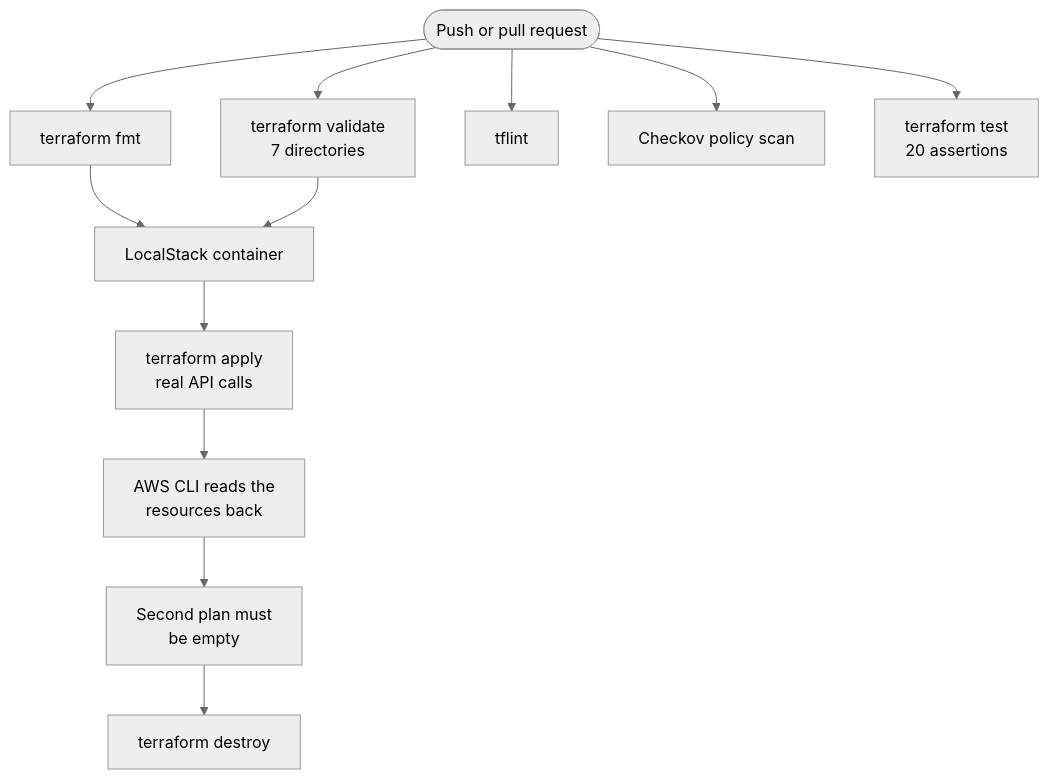
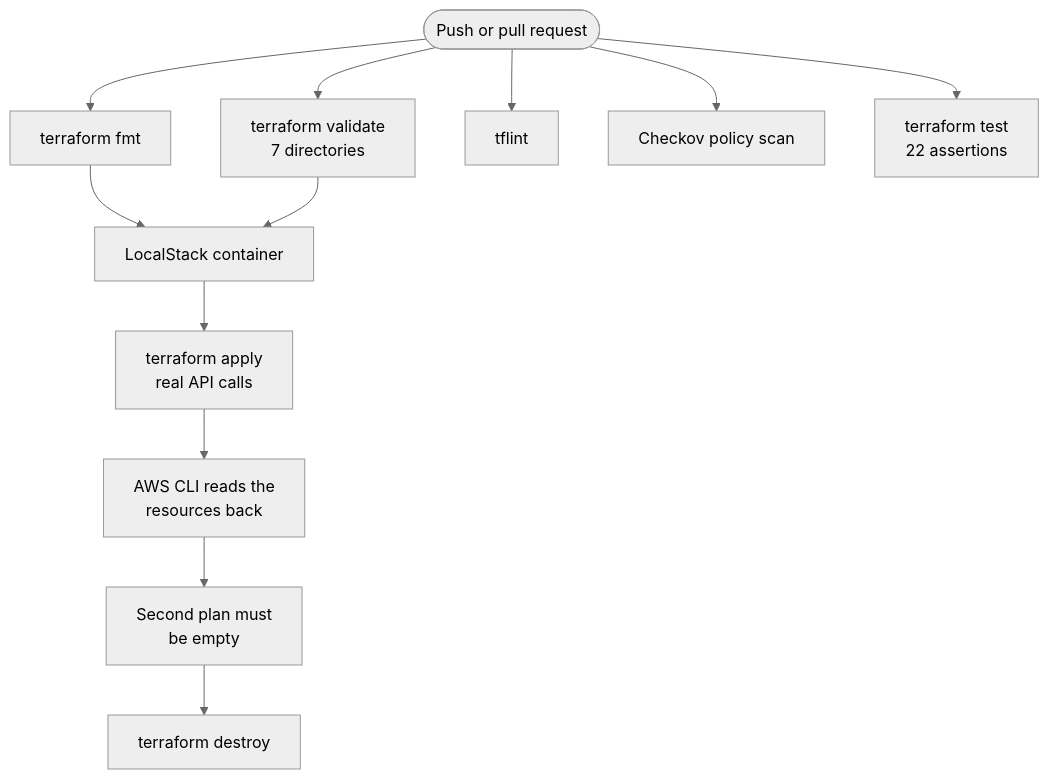
Before and after one commit to ibrahimjamli/terraform-aws-webstack: the third of 3 diagrams in docs/architecture.md, drawn with Mermaid (neutral theme). The commit also changed other lines of this file and 6 other files, not shown here.

````diff
--- a/docs/architecture.md
+++ b/docs/architecture.md
@@ -72,19 +72,19 @@
 ```mermaid
 flowchart TB
     push([Push or pull request])
 
     push --> fmt["terraform fmt"]
     push --> val["terraform validate<br/>7 directories"]
     push --> lint["tflint"]
     push --> pol["Checkov policy scan"]
-    push --> test["terraform test<br/>20 assertions"]
+    push --> test["terraform test<br/>22 assertions"]
 
     fmt --> ls
     val --> ls
 
     ls["LocalStack container"]
     ls --> apply["terraform apply<br/>real API calls"]
     apply --> assert["AWS CLI reads the<br/>resources back"]
     assert --> idem["Second plan must<br/>be empty"]
     idem --> destroy["terraform destroy"]
 ```
````
